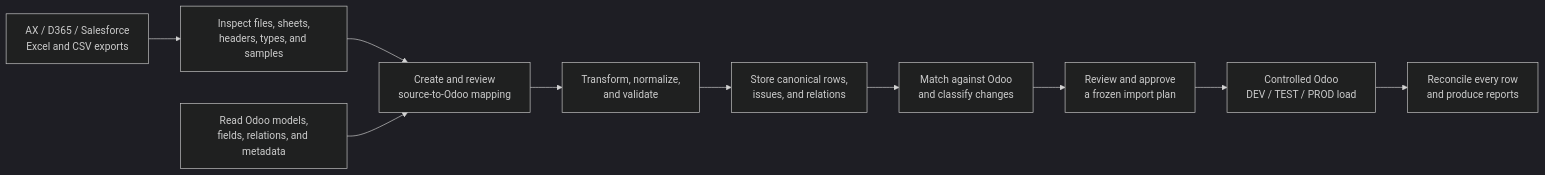
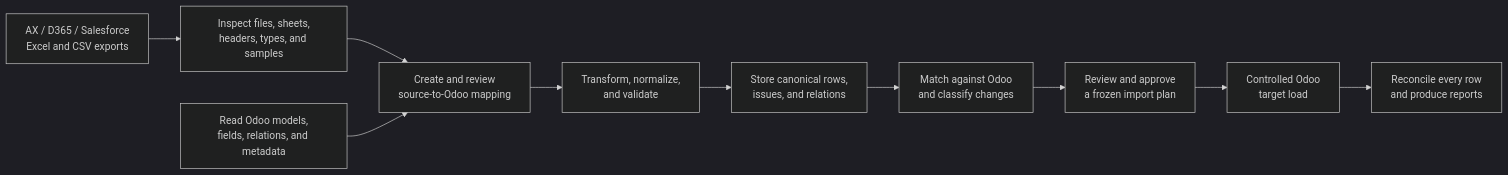
The first of 2 diagrams in docs/product-vision.md (fderyckel/dev-impodo), drawn with Mermaid (dark theme) before and after one commit. The commit also changed other lines of this file and 38 other files, not shown here.

````diff
--- a/docs/product-vision.md
+++ b/docs/product-vision.md
@@ -36,23 +36,23 @@
 ```mermaid
 flowchart LR
     Files["AX / D365 / Salesforce<br/>Excel and CSV exports"]
     Inspect["Inspect files, sheets,<br/>headers, types, and samples"]
     OdooSchema["Read Odoo models,<br/>fields, relations, and metadata"]
     Map["Create and review<br/>source-to-Odoo mapping"]
     Normalize["Transform, normalize,<br/>and validate"]
     Stage["Store canonical rows,<br/>issues, and relations"]
     Preflight["Match against Odoo<br/>and classify changes"]
     Approve["Review and approve<br/>a frozen import plan"]
-    Load["Controlled Odoo<br/>DEV / TEST / PROD load"]
+    Load["Controlled Odoo<br/>target load"]
     Reconcile["Reconcile every row<br/>and produce reports"]
 
     Files --> Inspect
     Inspect --> Map
     OdooSchema --> Map
     Map --> Normalize
     Normalize --> Stage
     Stage --> Preflight
     Preflight --> Approve
     Approve --> Load
     Load --> Reconcile
 ```
````
